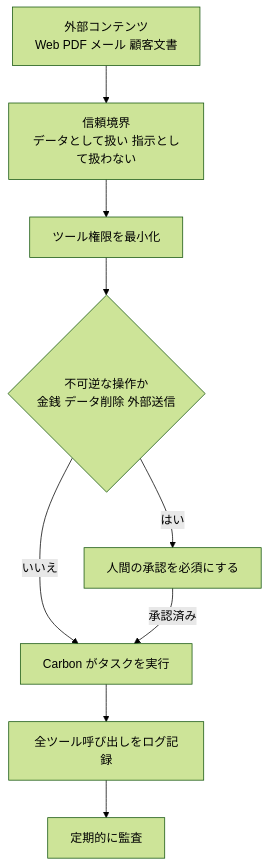
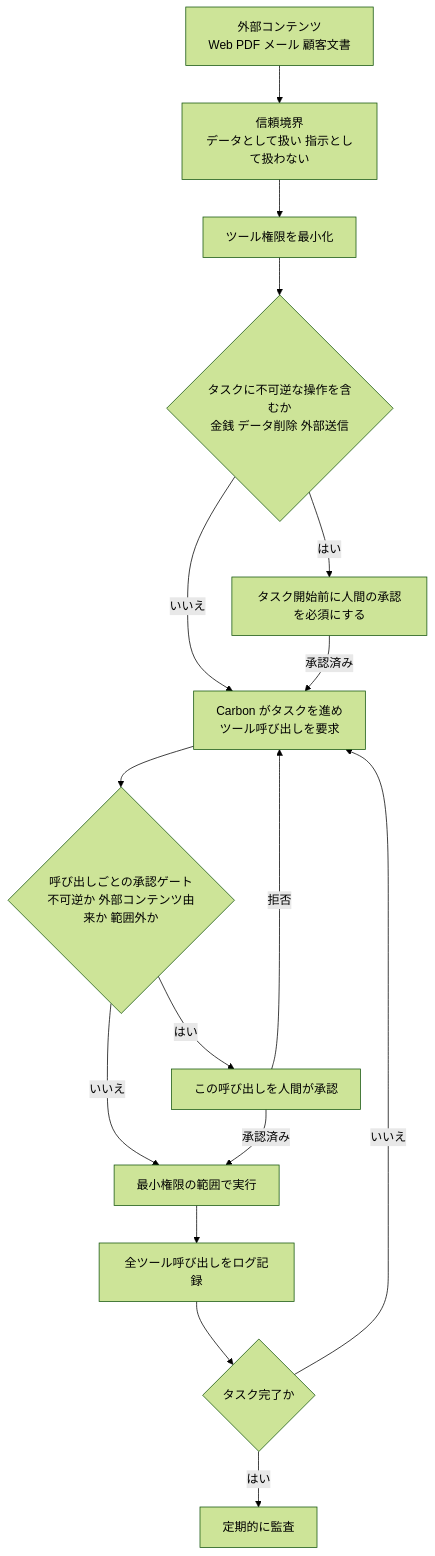
One commit to myoshi2891/Comparison-of-LLMs changed the eighth of 9 diagrams in Gemini-4-carbon-guide.md. Above: the diagram before and after it, drawn with Mermaid (forest theme). The commit also changed other lines of this file, not shown here.

Commit message:
docs(google): gate every tool call through its own approval in Carbon guide
Keep the task-level risk check and route each tool invocation, including
operations after reading external content, through a per-call approval gate
before execution.

````diff
--- a/Gemini-4-carbon-guide.md
+++ b/Gemini-4-carbon-guide.md
@@ -560,11 +560,18 @@
 ```mermaid
 flowchart TD
     IN["外部コンテンツ<br/>Web PDF メール 顧客文書"] --> TR["信頼境界<br/>データとして扱い 指示として扱わない"]
     TR --> LP["ツール権限を最小化"]
-    LP --> RISK{"不可逆な操作か<br/>金銭 データ削除 外部送信"}
-    RISK -- "はい" --> HU["人間の承認を必須にする"]
-    RISK -- "いいえ" --> RUN["Carbon がタスクを実行"]
+    LP --> RISK{"タスクに不可逆な操作を含むか<br/>金銭 データ削除 外部送信"}
+    RISK -- "はい" --> HU["タスク開始前に人間の承認を必須にする"]
+    RISK -- "いいえ" --> RUN["Carbon がタスクを進め<br/>ツール呼び出しを要求"]
     HU -- "承認済み" --> RUN
-    RUN --> LOG["全ツール呼び出しをログ記録"]
-    LOG --> AUD["定期的に監査"]
+    RUN --> GATE{"呼び出しごとの承認ゲート<br/>不可逆か 外部コンテンツ由来か 範囲外か"}
+    GATE -- "はい" --> HU2["この呼び出しを人間が承認"]
+    GATE -- "いいえ" --> EXEC["最小権限の範囲で実行"]
+    HU2 -- "承認済み" --> EXEC
+    HU2 -- "拒否" --> RUN
+    EXEC --> LOG["全ツール呼び出しをログ記録"]
+    LOG --> NEXT{"タスク完了か"}
+    NEXT -- "いいえ" --> RUN
+    NEXT -- "はい" --> AUD["定期的に監査"]
 ```
````
